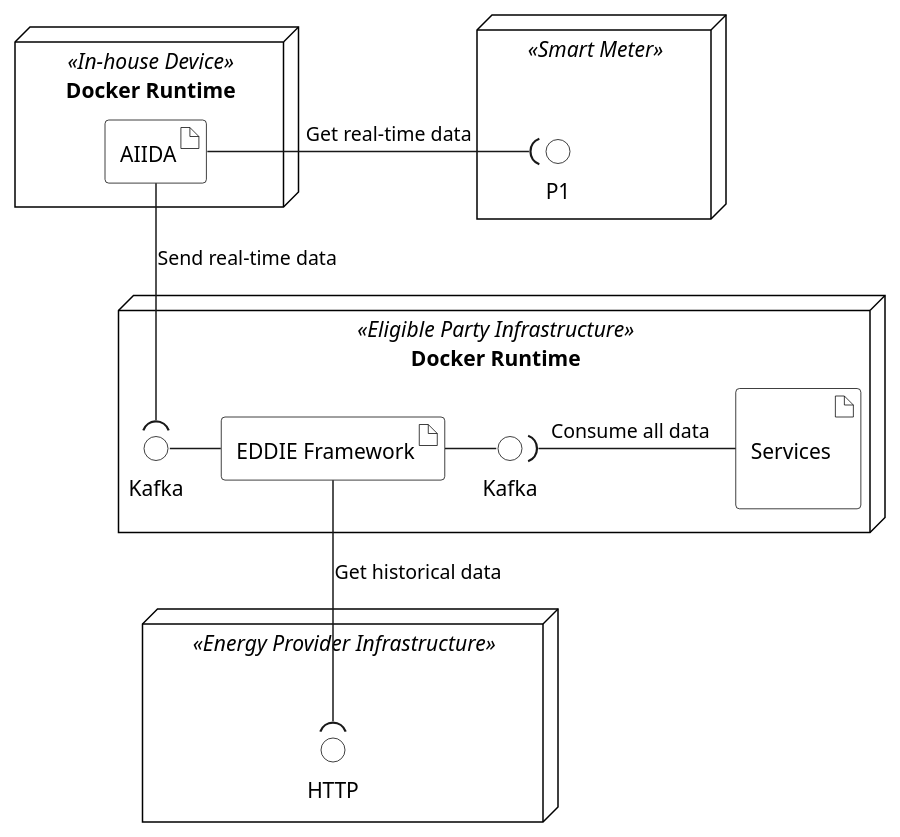
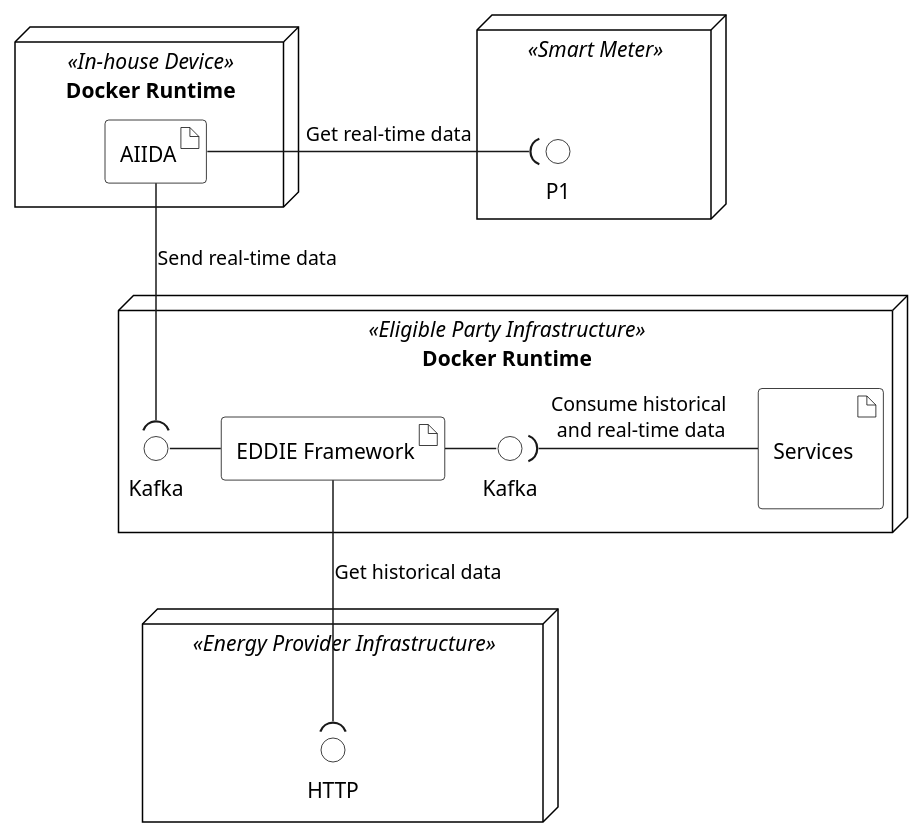
One commit to eddie-energy/architecture changed the diagram in 3-context-and-scope/figures/deployment-diagram.puml. Above: the diagram before and after it, drawn with PlantUML. The commit also changed 2 other files, not shown here.

Commit message:
Update deployment diagram

```diff
--- a/3-context-and-scope/figures/deployment-diagram.puml
+++ b/3-context-and-scope/figures/deployment-diagram.puml
@@ -1,67 +1,67 @@
 @startuml deployment-diagram
 'deployment diagram
 
 ' skinparam linetype ortho
 skinparam interface {
   backgroundColor transparent
   borderColor black
 }
 skinparam component{
   BorderColor black
   BackgroundColor transparent
 }
 skinparam artifact{
   BorderColor black
   BackgroundColor transparent
 }
 skinparam artifact{
   BorderColor black
   BackgroundColor transparent
 }
 skinparam node{
   BorderColor black
   BackgroundColor transparent
 }
 skinparam rectangle {
   borderColor Transparent
   backgroundColor Transparent
   fontColor Transparent
   stereotypeFontColor Transparent
 }
 
 node "Docker Runtime" <<Eligible Party Infrastructure>> as epInfra{
   artifact "EDDIE Framework" as eddie
   artifact "\nServices\n" as service
   interface "Kafka" as eddie1
   interface "Kafka" as eddie2
 
   eddie -right- eddie1
-  service -left-( eddie1 :Consume all data
+  service -left-( eddie1 :Consume historical \nand real-time data
   eddie -left- eddie2
 }
 
 node "Docker Runtime" <<In-house Device>> as house{
   artifact AIIDA as aiida
 }
 node " " <<Smart Meter>> as meter{
   interface "P1" as p1
   rectangle "\n" as dummy
   dummy -[hidden]left- p1
 }
 
 node " " <<Energy Provider Infrastructure>> as energyProvider {
   interface "HTTP" as energy1
 }
 
 ' actor "Consumer" as consumer
 ' actor "Eligible\nParty" as ep
 
 aiida -right-( p1 :"              Get real-time data         "
 
 eddie -down-( energy1 :Get historical data
 aiida -down-( eddie2 :Send real-time data
 
 ' consumer -down- aiida
 ' ep -down- eddie
 
 @enduml
```
